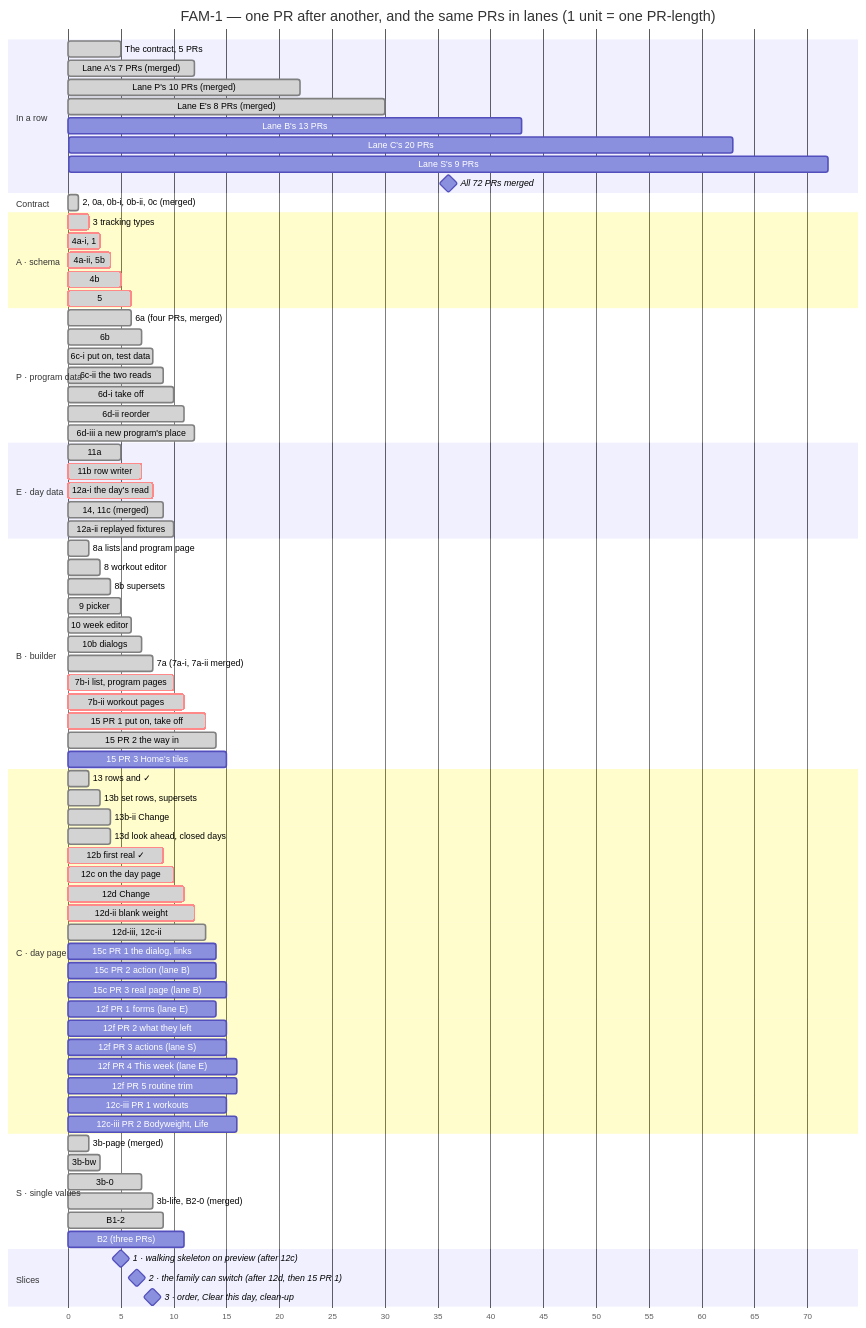
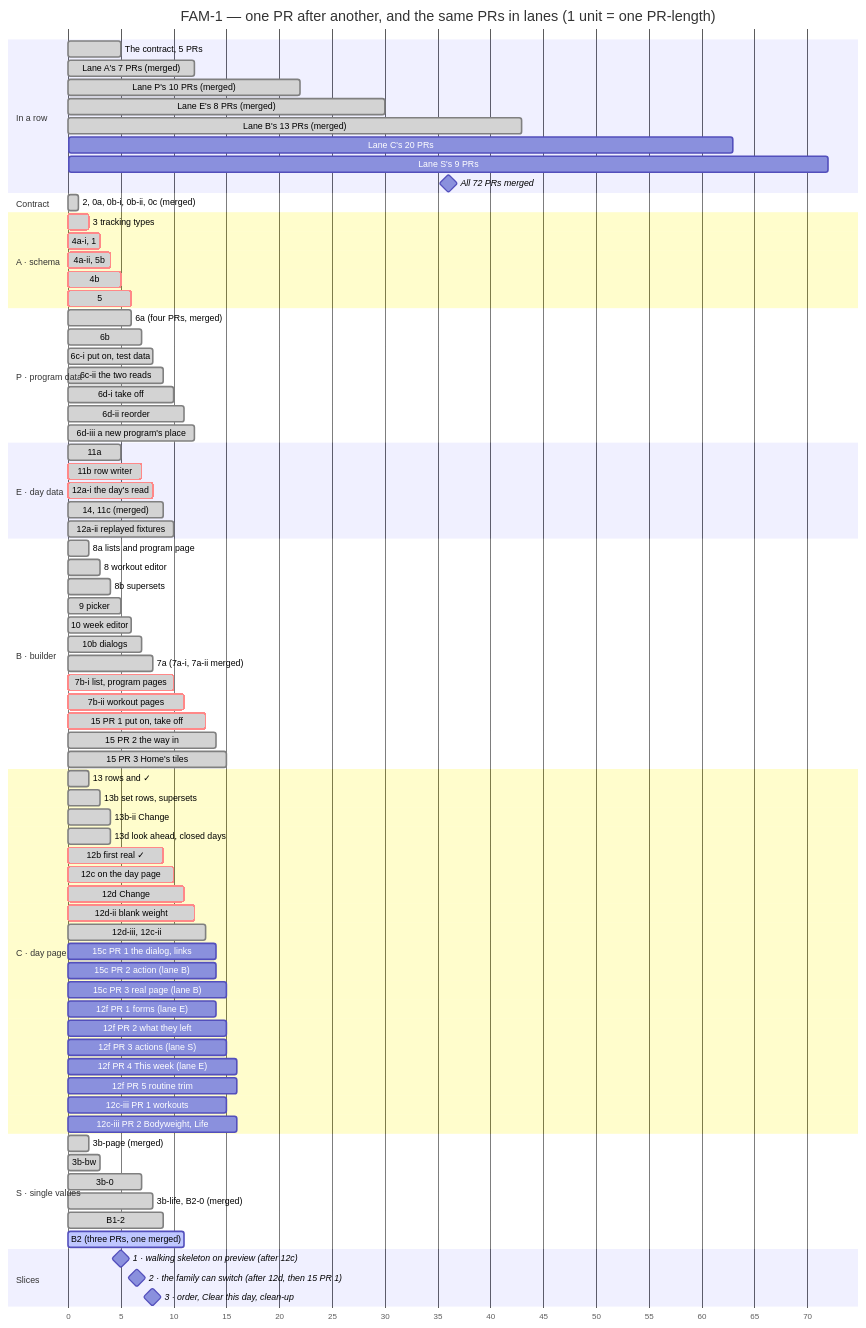
One commit to ralamode/mat-plan changed the second of 2 diagrams in docs/milestones/fam-1-family-program.md. Above: the diagram before and after it, drawn with Mermaid. The commit also changed other lines of this file and 1 other file, not shown here.

Commit message:
docs(fam-1): step 15 is done and clear this day's prep is merged; the milestone counts 60 of 72

```diff
--- a/docs/milestones/fam-1-family-program.md
+++ b/docs/milestones/fam-1-family-program.md
@@ -269,7 +269,7 @@
   Lane A's 7 PRs (merged)      :done, r1, 5, 12
   Lane P's 10 PRs (merged)     :done, r2, 12, 22
   Lane E's 8 PRs (merged)      :done, r3, 22, 30
-  Lane B's 13 PRs              :r4, 30, 43
+  Lane B's 13 PRs (merged)     :done, r4, 30, 43
   Lane C's 20 PRs              :r5, 43, 63
   Lane S's 9 PRs               :r6, 63, 72
   All 72 PRs merged            :milestone, rm, 72, 72
@@ -312,7 +312,7 @@
   7b-ii workout pages          :crit, done, b8b, 10, 11
   15 PR 1 put on, take off     :crit, done, b9, 12, 13
   15 PR 2 the way in           :done, b9b, 13, 14
-  15 PR 3 Home's tiles         :b9c, 14, 15
+  15 PR 3 Home's tiles         :done, b9c, 14, 15
 
   section C · day page
   13 rows and ✓                :done, c1, 1, 2
@@ -341,7 +341,7 @@
   3b-0                         :done, s3, 6, 7
   3b-life, B2-0 (merged)       :done, s4, 7, 8
   B1-2                         :done, s5, 8, 9
-  B2 (three PRs)               :s6, 10, 11
+  B2 (three PRs, one merged)   :active, s6, 10, 11
 
   section Slices
   1 · walking skeleton on preview (after 12c) :milestone, m1, 10, 10
```
